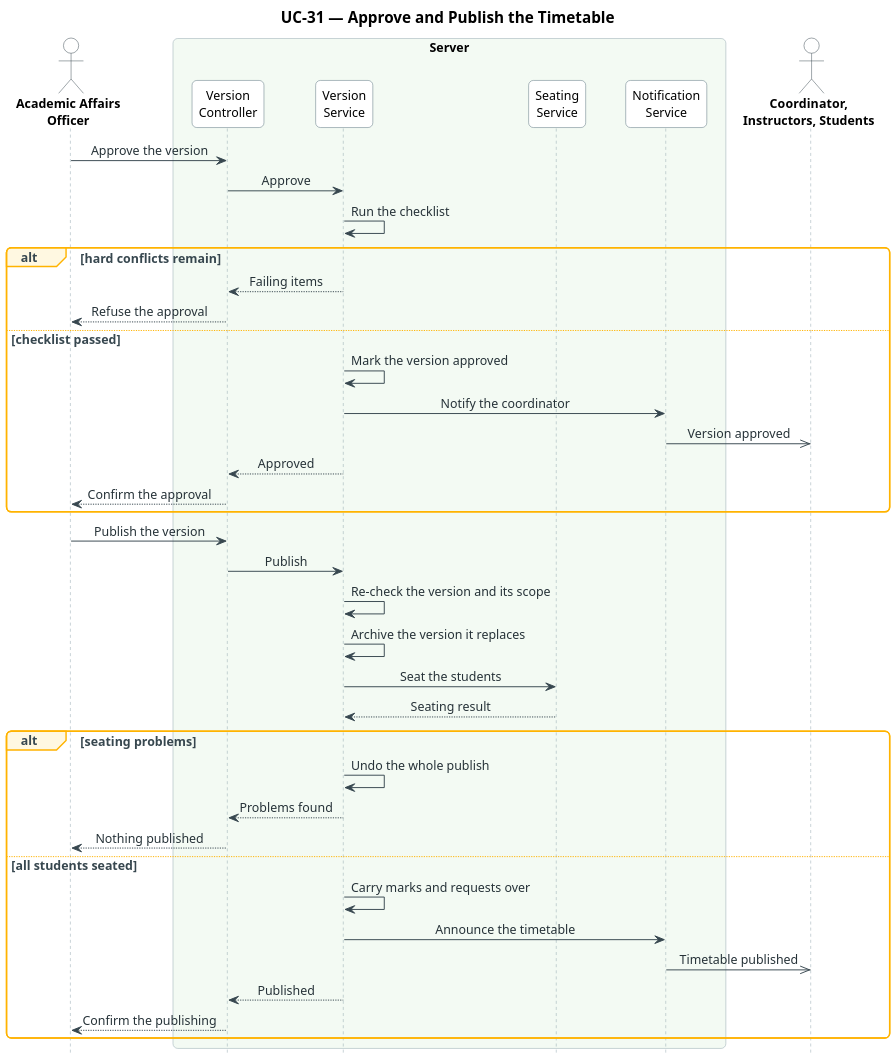
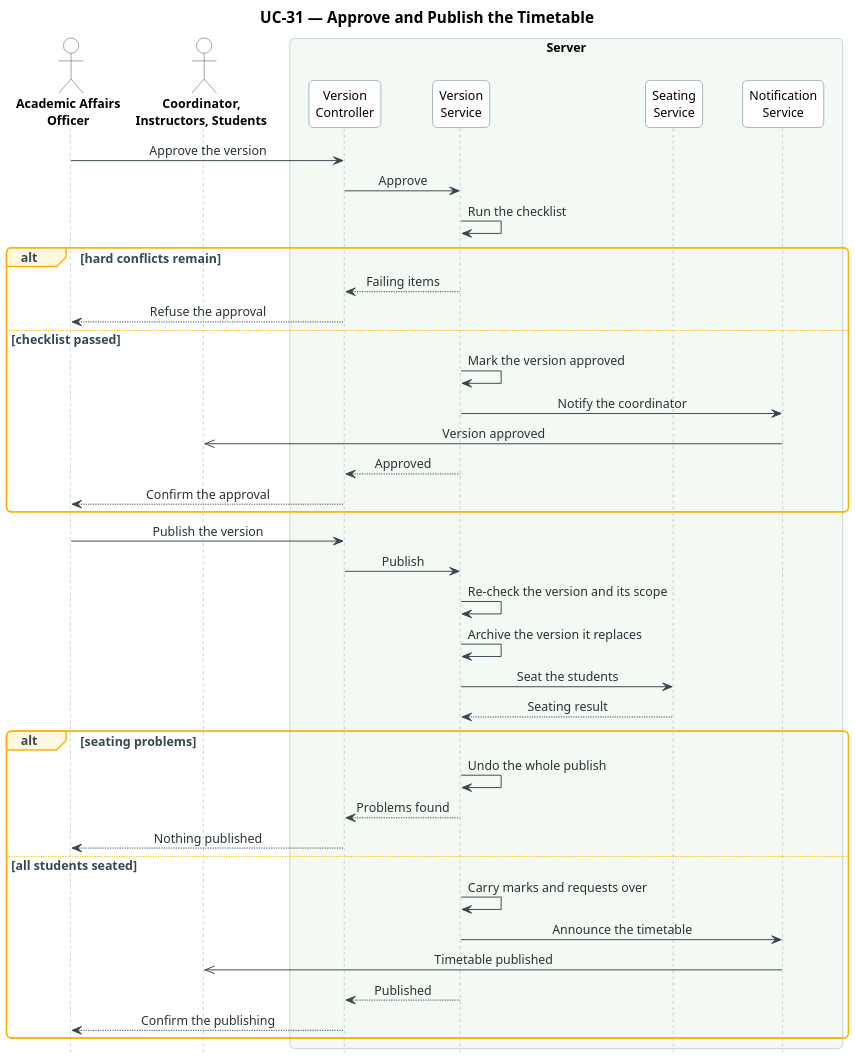
Before and after one commit to abdalkareemhegazy/OptiTime: the diagram in Files/Assets/UseCases/Sequence Diagram/New/English/Src/UC-31_approve_publish_schedule.puml, drawn with PlantUML. The commit also changed other lines of this file and 24 other files, not shown here.

First line of the commit message:
OPT-11 Update main-case sequence diagrams

```diff
--- a/Files/Assets/UseCases/Sequence Diagram/New/English/Src/UC-31_approve_publish_schedule.puml
+++ b/Files/Assets/UseCases/Sequence Diagram/New/English/Src/UC-31_approve_publish_schedule.puml
@@ -1,73 +1,73 @@
 @startuml UC-31_approve_publish_schedule
 skinparam dpi 150
 ' ===== النمط الموحّد (مثل مخططات النشاط) =====
 skinparam defaultFontName Tahoma
 skinparam defaultFontSize 13
 skinparam shadowing false
 skinparam roundcorner 10
 skinparam ArrowColor #37474F
 skinparam ArrowFontColor #263238
 skinparam TitleFontSize 16
 skinparam TitleFontStyle bold
 skinparam ParticipantBackgroundColor #FFFFFF
 skinparam ParticipantBorderColor #546E7A
 skinparam ParticipantFontSize 13
 skinparam ActorBackgroundColor #FFFFFF
 skinparam ActorBorderColor #37474F
 skinparam ActorFontSize 13
 skinparam ActorFontStyle bold
 skinparam SequenceLifeLineBorderColor #90A4AE
 skinparam SequenceBoxBorderColor #90A4AE
 skinparam SequenceBoxFontSize 14
 skinparam SequenceBoxFontStyle bold
 skinparam SequenceGroupBorderColor #FFB300
 skinparam SequenceGroupBackgroundColor #FFF8E1
 skinparam SequenceGroupFontColor #37474F
 skinparam SequenceGroupHeaderFontColor #37474F
 skinparam sequenceMessageAlign center
 skinparam ParticipantPadding 16
 skinparam BoxPadding 12
 hide footbox
 ' ===== المخطط =====
 title UC-31 — Approve and Publish the Timetable
 
 actor "Academic Affairs\nOfficer" as U
+actor "Coordinator,\nInstructors, Students" as R
 box "Server" #F3FAF3
   participant "Version\nController" as VC
   participant "Version\nService" as VS
   participant "Seating\nService" as SS
   participant "Notification\nService" as NS
 end box
-actor "Coordinator,\nInstructors, Students" as R
 
 U -> VC : Approve the version
 VC -> VS : Approve
 VS -> VS : Run the checklist
 alt hard conflicts remain
   VS --> VC : Failing items
   VC --> U : Refuse the approval
 else checklist passed
   VS -> VS : Mark the version approved
   VS -> NS : Notify the coordinator
   NS ->> R : Version approved
   VS --> VC : Approved
   VC --> U : Confirm the approval
 end
 U -> VC : Publish the version
 VC -> VS : Publish
 VS -> VS : Re-check the version and its scope
 VS -> VS : Archive the version it replaces
 VS -> SS : Seat the students
 SS --> VS : Seating result
 alt seating problems
   VS -> VS : Undo the whole publish
   VS --> VC : Problems found
   VC --> U : Nothing published
 else all students seated
   VS -> VS : Carry marks and requests over
   VS -> NS : Announce the timetable
   NS ->> R : Timetable published
   VS --> VC : Published
   VC --> U : Confirm the publishing
 end
 @enduml
```
